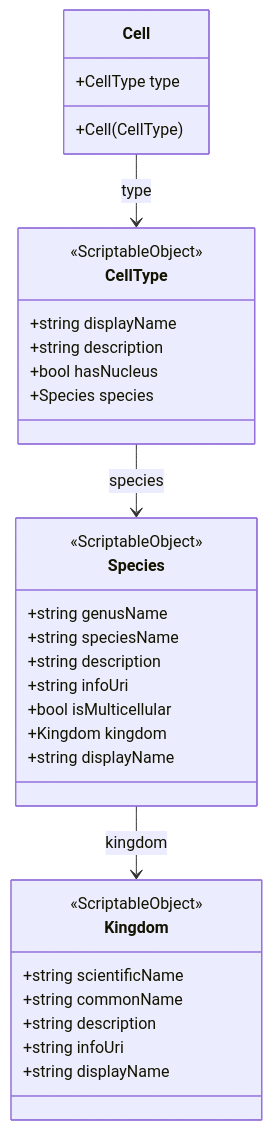
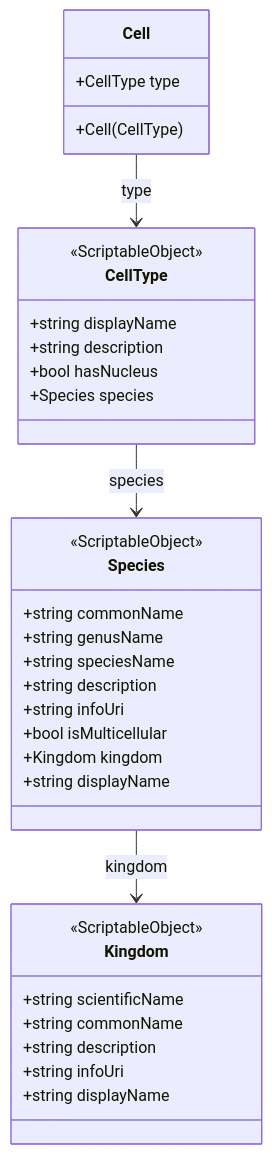
The diagram in docs/dev/classes.md (From-Null/from-null-capstone), drawn with Mermaid before and after one commit. The commit also changed 3 other files, not shown here.

Commit message:
Add commonName property to Species

````diff
--- a/docs/dev/classes.md
+++ b/docs/dev/classes.md
@@ -5,35 +5,36 @@
 ```mermaid
 classDiagram
     class Cell {
         +CellType type
         +Cell(CellType)
     }
     class CellType {
         <<ScriptableObject>>
         +string displayName
         +string description
         +bool hasNucleus
         +Species species
     }
     class Kingdom {
         <<ScriptableObject>>
         +string scientificName
         +string commonName
         +string description
         +string infoUri
         +string displayName
     }
     class Species {
         <<ScriptableObject>>
+        +string commonName
         +string genusName
         +string speciesName
         +string description
         +string infoUri
         +bool isMulticellular
         +Kingdom kingdom
         +string displayName
     }
     Cell --> CellType : type
     CellType --> Species : species
     Species --> Kingdom : kingdom
 ```
````
